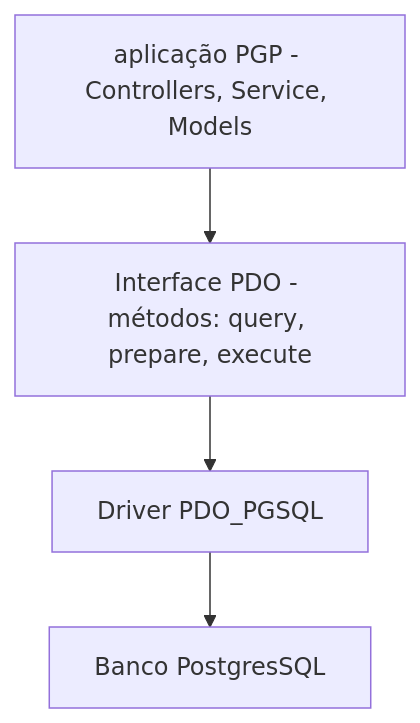
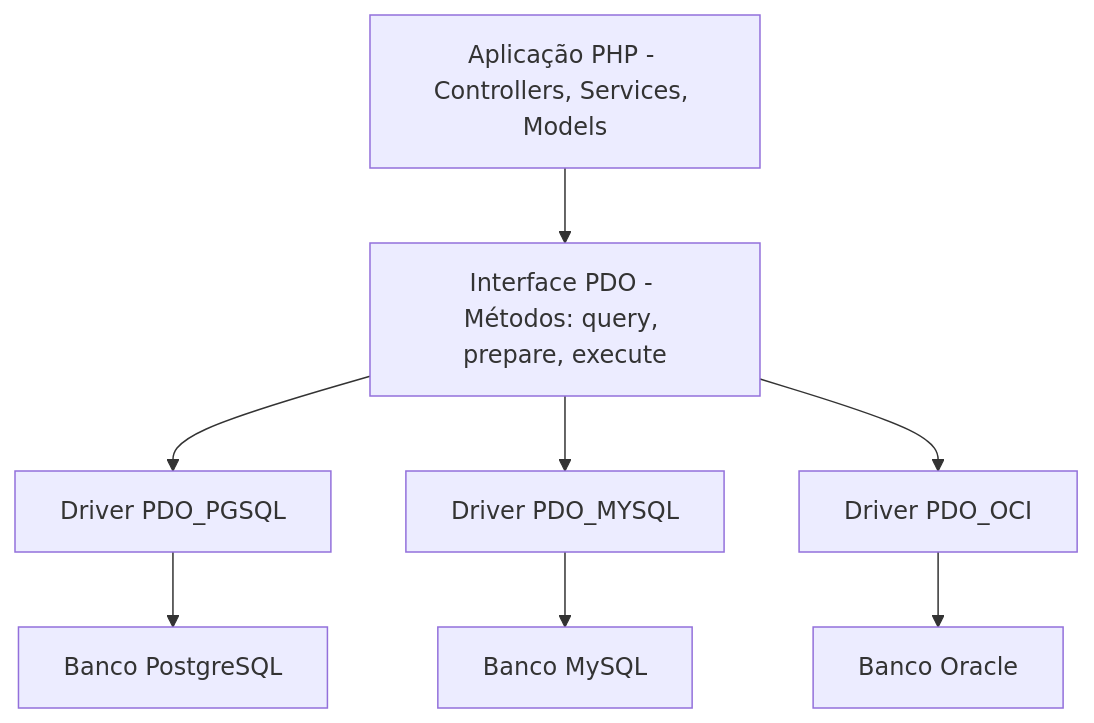
Before and after one commit to juliamenoni/Back-End: diagram 11 of 28 in README.md, drawn with Mermaid. The commit also changed other lines of this file and 62 other files, not shown here.

````diff
--- a/README.md
+++ b/README.md
@@ -1082,13 +1113,21 @@
-``` mermaid
+```mermaid
 flowchart TB
-aplicacao[aplicação PGP - Controllers, Service, Models]
-pdo[Interface PDO - métodos: query, prepare, execute]
+    Aplicacao[Aplicação PHP - Controllers, Services, Models]
+    PDO[Interface PDO - Métodos: query, prepare, execute]
 
-driverpgsql[Driver PDO_PGSQL]
+    Driverpgsql[Driver PDO_PGSQL]
+    Drivermysql[Driver PDO_MYSQL]
+    Driveroracle[Driver PDO_OCI]
 
-postgres[Banco PostgresSQL]
+    Postgres[Banco PostgreSQL]
+    Mysql[Banco MySQL]
+    Oracle[Banco Oracle]
 
-aplicacao --> pdo
-pdo --> driverpgsql
-driverpgsql --> postgres
-``` 
+    Aplicacao --> PDO
+    PDO --> Driverpgsql
+    PDO --> Drivermysql
+    PDO --> Driveroracle
+    Driverpgsql --> Postgres
+    Drivermysql --> Mysql
+    Driveroracle --> Oracle
+```
````
